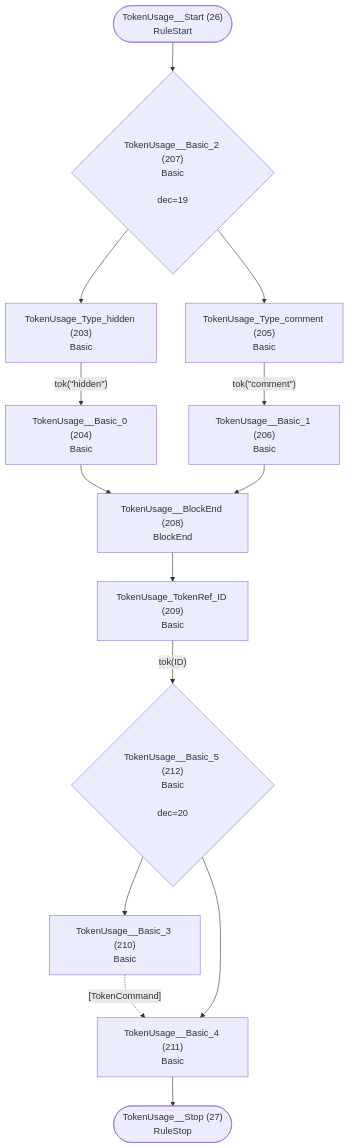
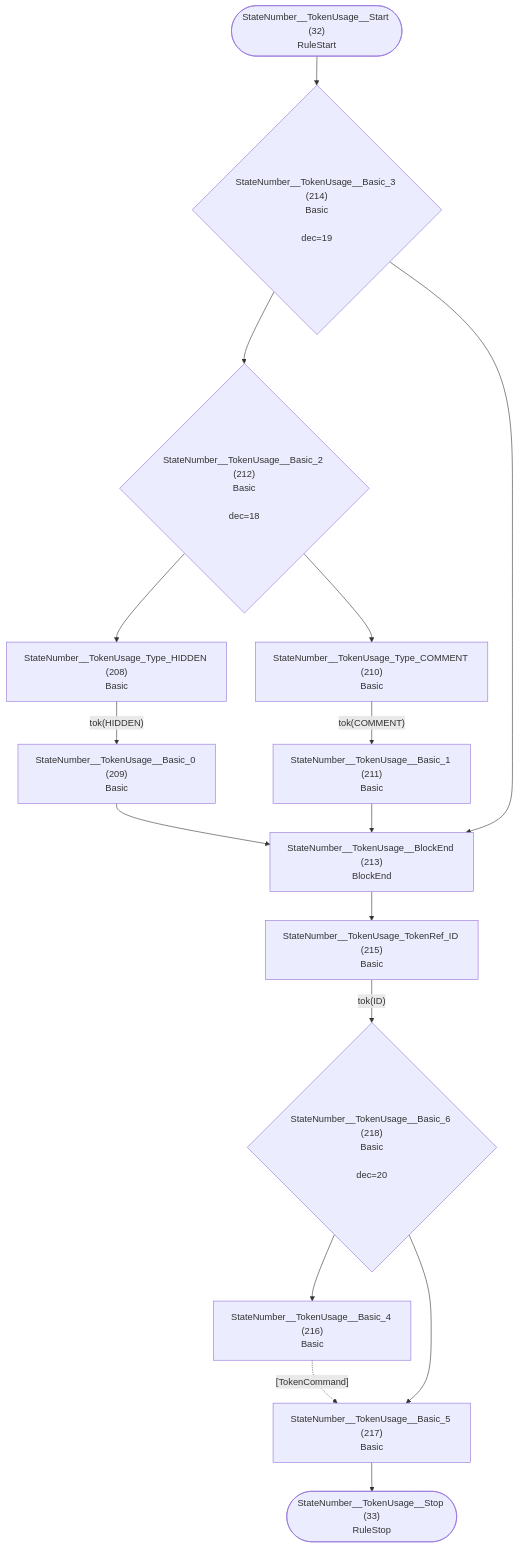
Before and after one commit to TypeFox/fastbelt: diagram 17 of 32 in internal/grammar/atn.md, drawn with Mermaid. The commit also changed other lines of this file and 5 other files, not shown here.

````diff
--- a/internal/grammar/atn.md
+++ b/internal/grammar/atn.md
@@ -453,29 +479,32 @@
 ```mermaid
 flowchart TD
-    q26(["TokenUsage__Start (26)<br/>RuleStart"])
-    q27(["TokenUsage__Stop (27)<br/>RuleStop"])
-    q203["TokenUsage_Type_hidden (203)<br/>Basic<br/>"]
-    q204["TokenUsage__Basic_0 (204)<br/>Basic<br/>"]
-    q205["TokenUsage_Type_comment (205)<br/>Basic<br/>"]
-    q206["TokenUsage__Basic_1 (206)<br/>Basic<br/>"]
-    q207{"TokenUsage__Basic_2 (207)<br/>Basic<br/><br/>dec=19"}
-    q208["TokenUsage__BlockEnd (208)<br/>BlockEnd<br/>"]
-    q209["TokenUsage_TokenRef_ID (209)<br/>Basic<br/>"]
-    q210["TokenUsage__Basic_3 (210)<br/>Basic<br/>"]
-    q211["TokenUsage__Basic_4 (211)<br/>Basic<br/>"]
-    q212{"TokenUsage__Basic_5 (212)<br/>Basic<br/><br/>dec=20"}
+    q32(["StateNumber__TokenUsage__Start (32)<br/>RuleStart"])
+    q33(["StateNumber__TokenUsage__Stop (33)<br/>RuleStop"])
+    q208["StateNumber__TokenUsage_Type_HIDDEN (208)<br/>Basic<br/>"]
+    q209["StateNumber__TokenUsage__Basic_0 (209)<br/>Basic<br/>"]
+    q210["StateNumber__TokenUsage_Type_COMMENT (210)<br/>Basic<br/>"]
+    q211["StateNumber__TokenUsage__Basic_1 (211)<br/>Basic<br/>"]
+    q212{"StateNumber__TokenUsage__Basic_2 (212)<br/>Basic<br/><br/>dec=18"}
+    q213["StateNumber__TokenUsage__BlockEnd (213)<br/>BlockEnd<br/>"]
+    q214{"StateNumber__TokenUsage__Basic_3 (214)<br/>Basic<br/><br/>dec=19"}
+    q215["StateNumber__TokenUsage_TokenRef_ID (215)<br/>Basic<br/>"]
+    q216["StateNumber__TokenUsage__Basic_4 (216)<br/>Basic<br/>"]
+    q217["StateNumber__TokenUsage__Basic_5 (217)<br/>Basic<br/>"]
+    q218{"StateNumber__TokenUsage__Basic_6 (218)<br/>Basic<br/><br/>dec=20"}
 
-    q26 --> q207
-    q203 -->|"tok(&quot;hidden&quot;)"| q204
-    q204 --> q208
-    q205 -->|"tok(&quot;comment&quot;)"| q206
-    q206 --> q208
-    q207 --> q203
-    q207 --> q205
-    q208 --> q209
-    q209 -->|"tok(ID)"| q212
-    q210 -.->|"[TokenCommand]"| q211
-    q211 --> q27
+    q32 --> q214
+    q208 -->|"tok(HIDDEN)"| q209
+    q209 --> q213
+    q210 -->|"tok(COMMENT)"| q211
+    q211 --> q213
+    q212 --> q208
     q212 --> q210
-    q212 --> q211
+    q213 --> q215
+    q214 --> q212
+    q214 --> q213
+    q215 -->|"tok(ID)"| q218
+    q216 -.->|"[TokenCommand]"| q217
+    q217 --> q33
+    q218 --> q216
+    q218 --> q217
 ```
````
